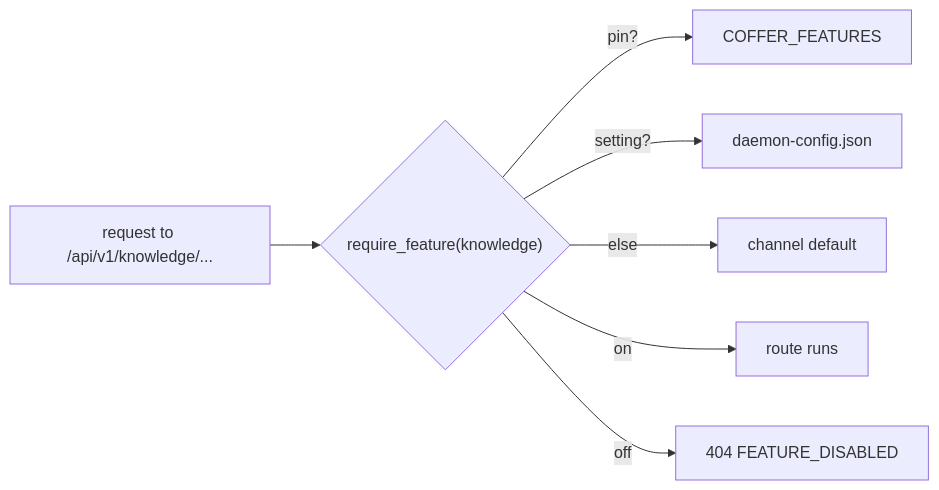
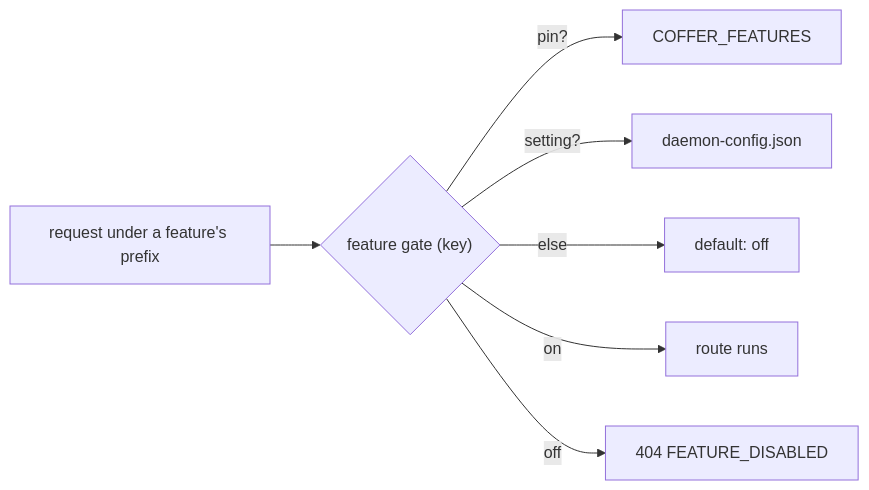
The third of 4 diagrams in docs-site/architecture/distribution.md (wyx-sg/Coffer), drawn with Mermaid before and after one commit. The commit also changed other lines of this file and 4384 other files, not shown here.

````diff
--- a/docs-site/architecture/distribution.md
+++ b/docs-site/architecture/distribution.md
@@ -183,9 +188,9 @@
 ```mermaid
 flowchart LR
-    Q["request to /api/v1/knowledge/..."] --> G{"require_feature(knowledge)"}
+    Q["request under a feature's prefix"] --> G{"feature gate (key)"}
     G -->|pin?| P["COFFER_FEATURES"]
     G -->|setting?| S["daemon-config.json"]
-    G -->|else| C["channel default"]
+    G -->|else| C["default: off"]
     G -->|on| R["route runs"]
     G -->|off| X["404 FEATURE_DISABLED"]
 ```
````
